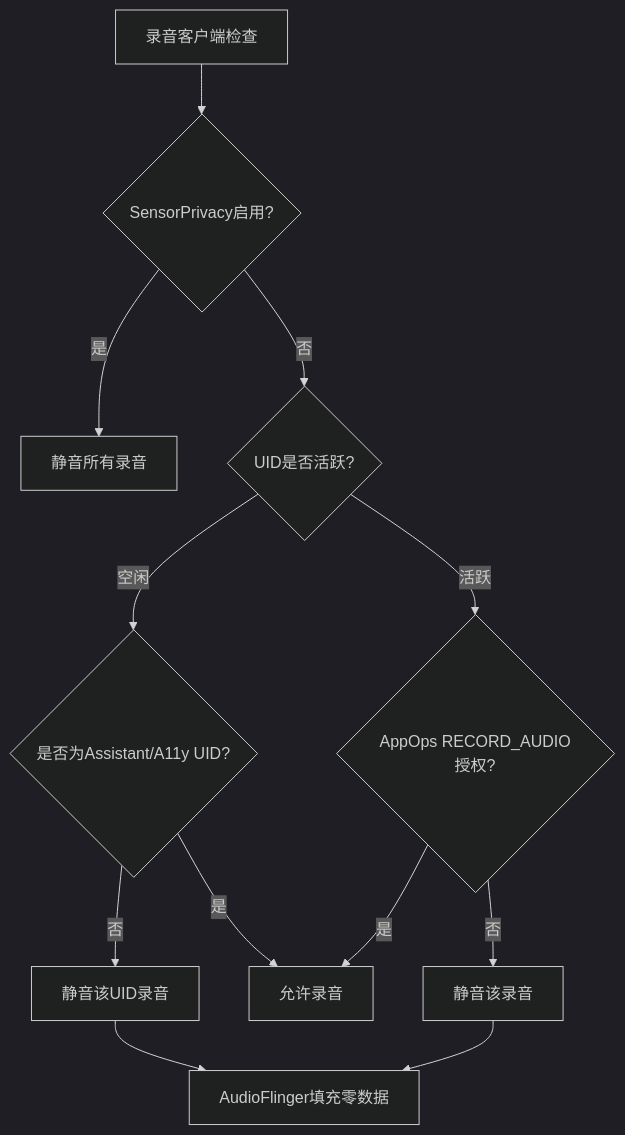
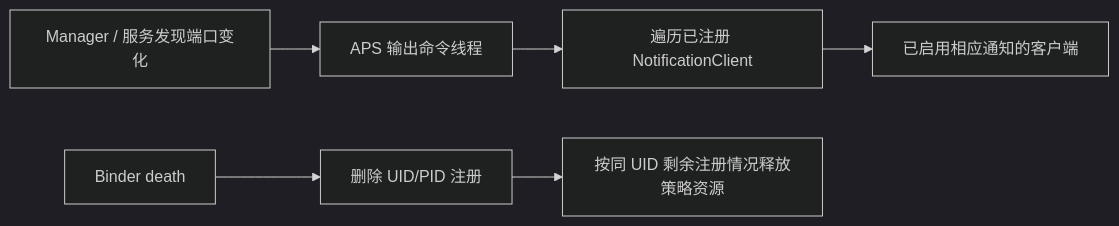
One commit to yanglinzhen1022/SA8295_AAOS_QNX_Audio_KnowledgeBase changed the third of 3 diagrams in 06_Audio_Policy_Engine/06_6.1_AudioPolicyService-控制面入口.md. Above: the diagram before and after it, drawn with Mermaid (dark theme). The commit also changed other lines of this file and 11 other files, not shown here.

````diff
--- a/06_Audio_Policy_Engine/06_6.1_AudioPolicyService-控制面入口.md
+++ b/06_Audio_Policy_Engine/06_6.1_AudioPolicyService-控制面入口.md
@@ -743,14 +168,8 @@
 ```mermaid
-flowchart TB
-    A[录音客户端检查] --> B{SensorPrivacy启用?}
-    B -- 是 --> C[静音所有录音]
-    B -- 否 --> D{UID是否活跃?}
-    D -- 空闲 --> E{是否为Assistant/A11y UID?}
-    E -- 否 --> F[静音该UID录音]
-    E -- 是 --> G[允许录音]
-    D -- 活跃 --> H{AppOps RECORD_AUDIO授权?}
-    H -- 否 --> I[静音该录音]
-    H -- 是 --> G
-    F --> J[AudioFlinger填充零数据]
-    I --> J
+flowchart LR
+    M[Manager / 服务发现端口变化] --> Q[APS 输出命令线程]
+    Q --> N[遍历已注册 NotificationClient]
+    N --> C[已启用相应通知的客户端]
+    D[Binder death] --> R[删除 UID/PID 注册]
+    R --> U[按同 UID 剩余注册情况释放策略资源]
 ```
````
